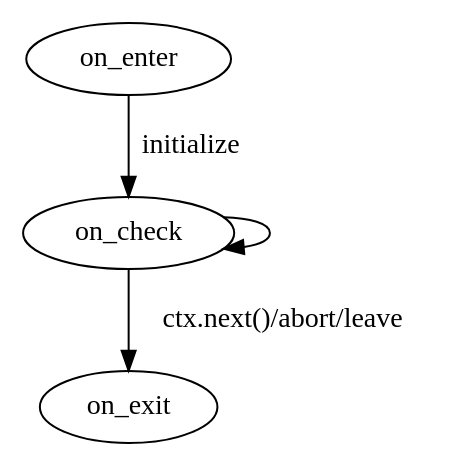
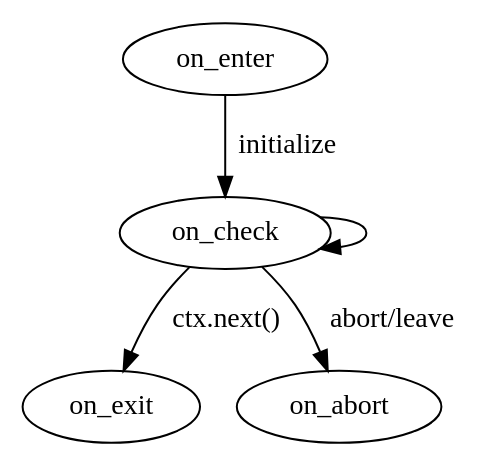
Before and after one commit to BuckarooBanzay/epic: the diagram in doc/executor_lifecycle.dot, drawn with Graphviz. The commit also changed 3 other files, not shown here.

```diff
--- a/doc/executor_lifecycle.dot
+++ b/doc/executor_lifecycle.dot
@@ -1,5 +1,6 @@
 digraph {
   on_enter -> on_check [label=initialize];
   on_check -> on_check;
-  on_check -> on_exit [label="ctx.next()/abort/leave"];
+  on_check -> on_exit [label="ctx.next()"];
+  on_check -> on_abort [label="abort/leave"];
 }
```
